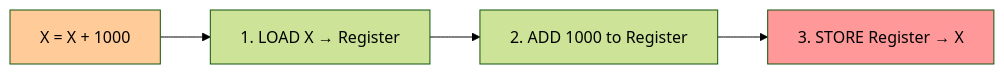
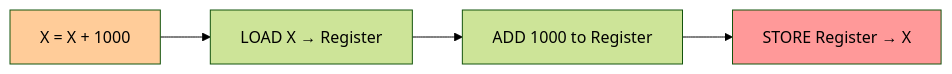
One commit to Nathan0820/vault changed the second of 15 diagrams in content/CS2106/L6.md. Above: the diagram before and after it, drawn with Mermaid (forest theme). The commit also changed other lines of this file and 1 other file, not shown here.

````diff
--- a/content/CS2106/L6.md
+++ b/content/CS2106/L6.md
@@ -40,9 +40,9 @@
 ```mermaid
 flowchart LR
-    A["X = X + 1000"] --> B["1. LOAD  X → Register"]
-    B --> C["2. ADD   1000 to Register"]
-    C --> D["3. STORE Register → X"]
+    A["X = X + 1000"] --> B["LOAD  X → Register"]
+    B --> C["ADD   1000 to Register"]
+    C --> D["STORE Register → X"]
 
     style A fill:#ffcc99
     style D fill:#ff9999
 ```
````
